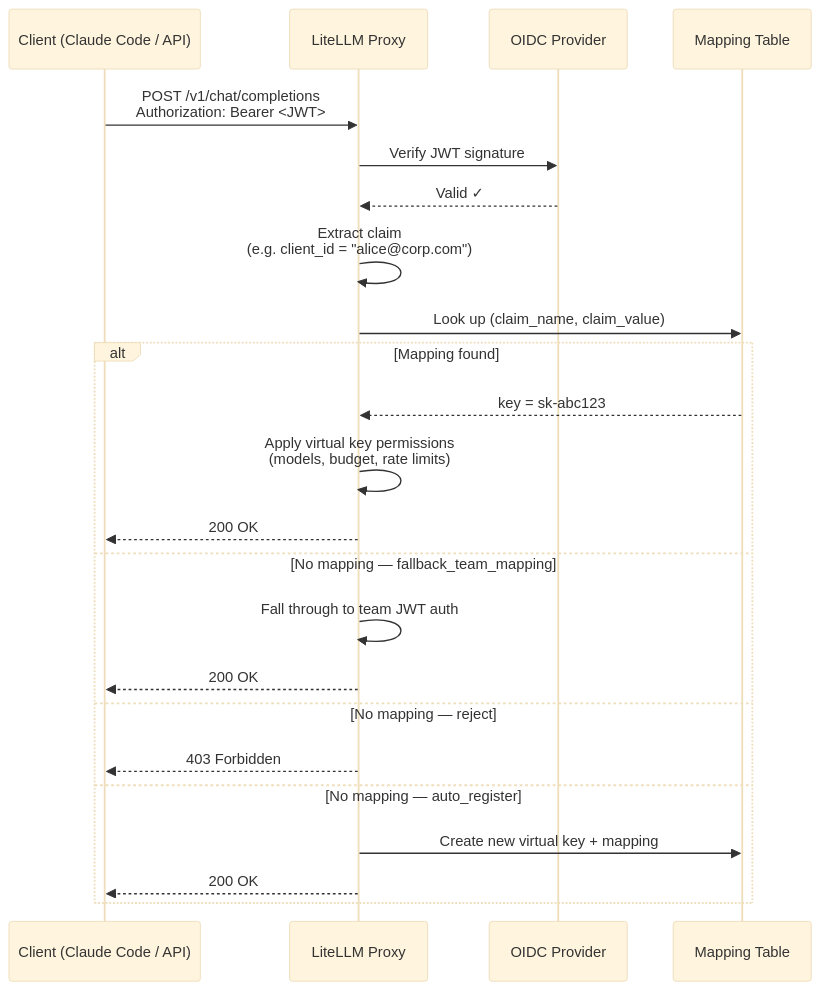
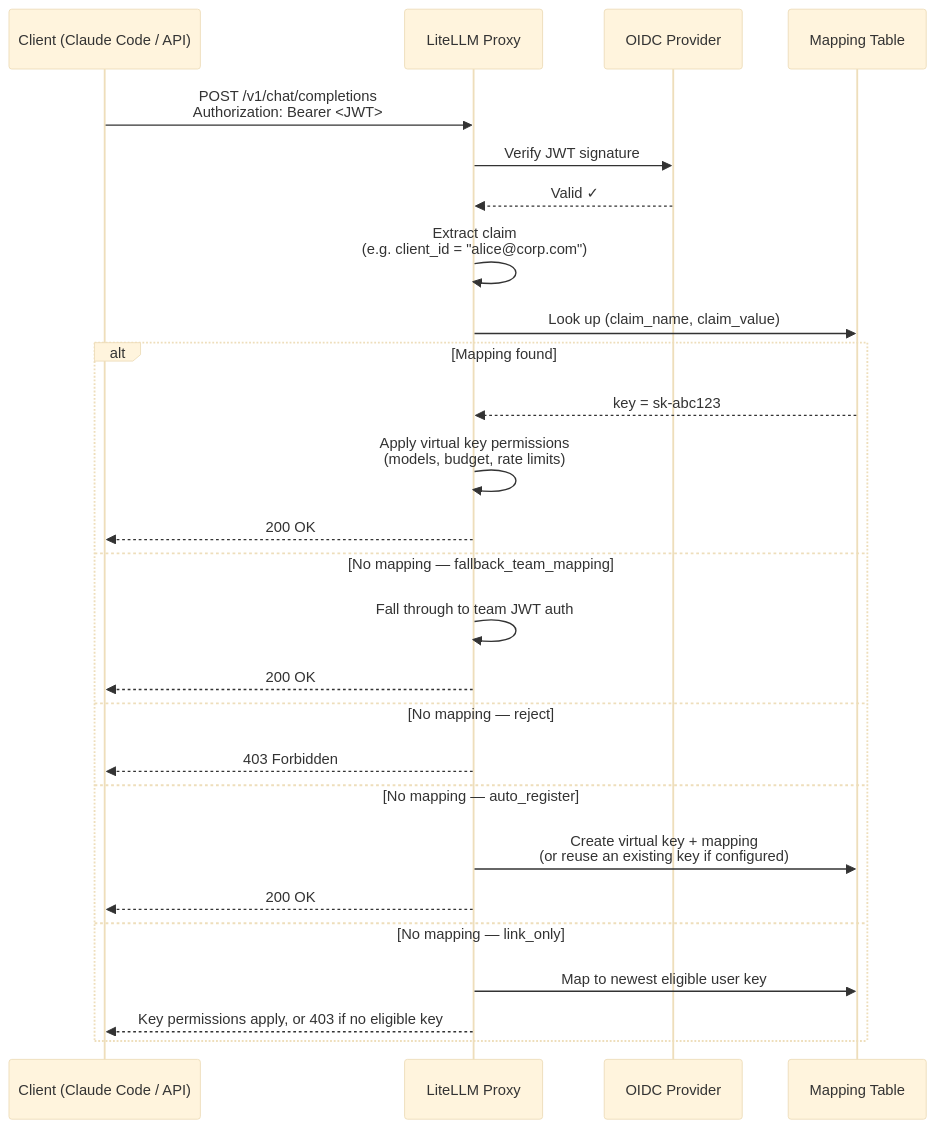
One commit to BerriAI/litellm-docs changed the diagram in docs/proxy/jwt_key_mapping.md. Above: the diagram before and after it, drawn with Mermaid (base theme). The commit also changed other lines of this file and 2 other files, not shown here.

First line of the commit message:
docs(auth): explain JWT link-only mapping and default key selection (#2803)

````diff
--- a/docs/proxy/jwt_key_mapping.md
+++ b/docs/proxy/jwt_key_mapping.md
@@ -15,29 +15,32 @@
 ```mermaid
 sequenceDiagram
     participant Client as Client (Claude Code / API)
     participant Proxy as LiteLLM Proxy
     participant OIDC as OIDC Provider
     participant DB as Mapping Table
 
     Client->>Proxy: POST /v1/chat/completions<br/>Authorization: Bearer <JWT>
 
     Proxy->>OIDC: Verify JWT signature
     OIDC-->>Proxy: Valid ✓
 
     Proxy->>Proxy: Extract claim<br/>(e.g. client_id = "alice@corp.com")
 
     Proxy->>DB: Look up (claim_name, claim_value)
     alt Mapping found
         DB-->>Proxy: key = sk-abc123
         Proxy->>Proxy: Apply virtual key permissions<br/>(models, budget, rate limits)
         Proxy-->>Client: 200 OK
     else No mapping — fallback_team_mapping
         Proxy->>Proxy: Fall through to team JWT auth
         Proxy-->>Client: 200 OK
     else No mapping — reject
         Proxy-->>Client: 403 Forbidden
     else No mapping — auto_register
-        Proxy->>DB: Create new virtual key + mapping
+        Proxy->>DB: Create virtual key + mapping<br/>(or reuse an existing key if configured)
         Proxy-->>Client: 200 OK
+    else No mapping — link_only
+        Proxy->>DB: Map to newest eligible user key
+        Proxy-->>Client: Key permissions apply, or 403 if no eligible key
     end
 ```
````
